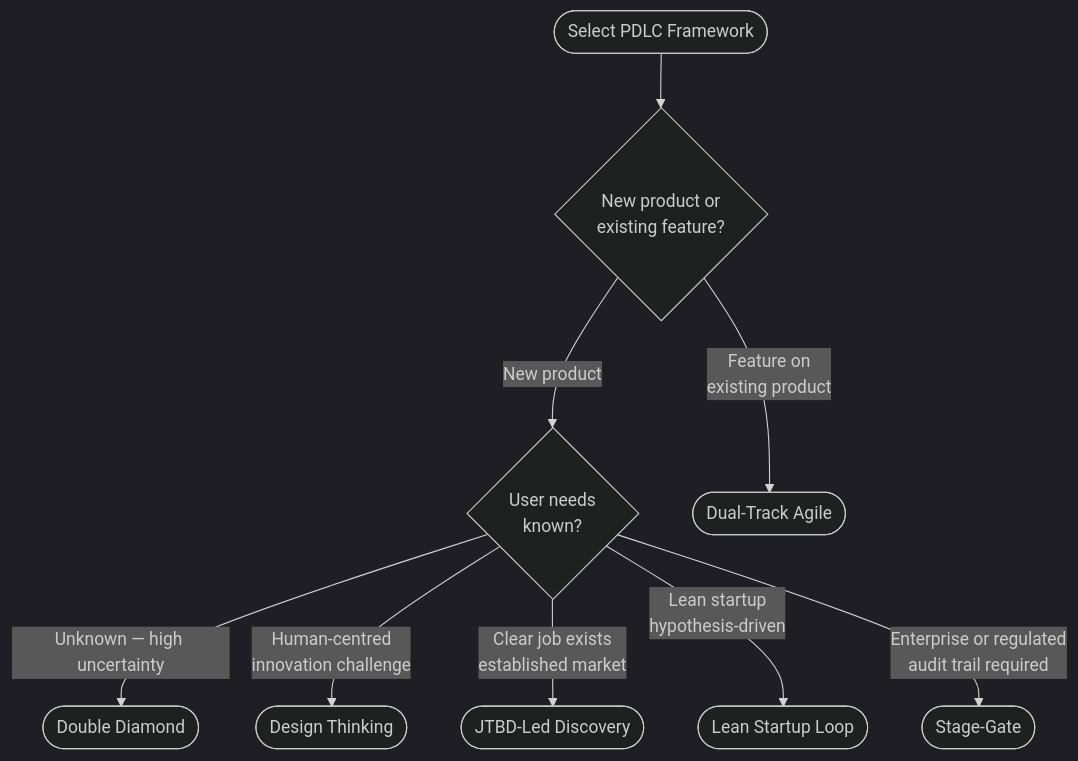
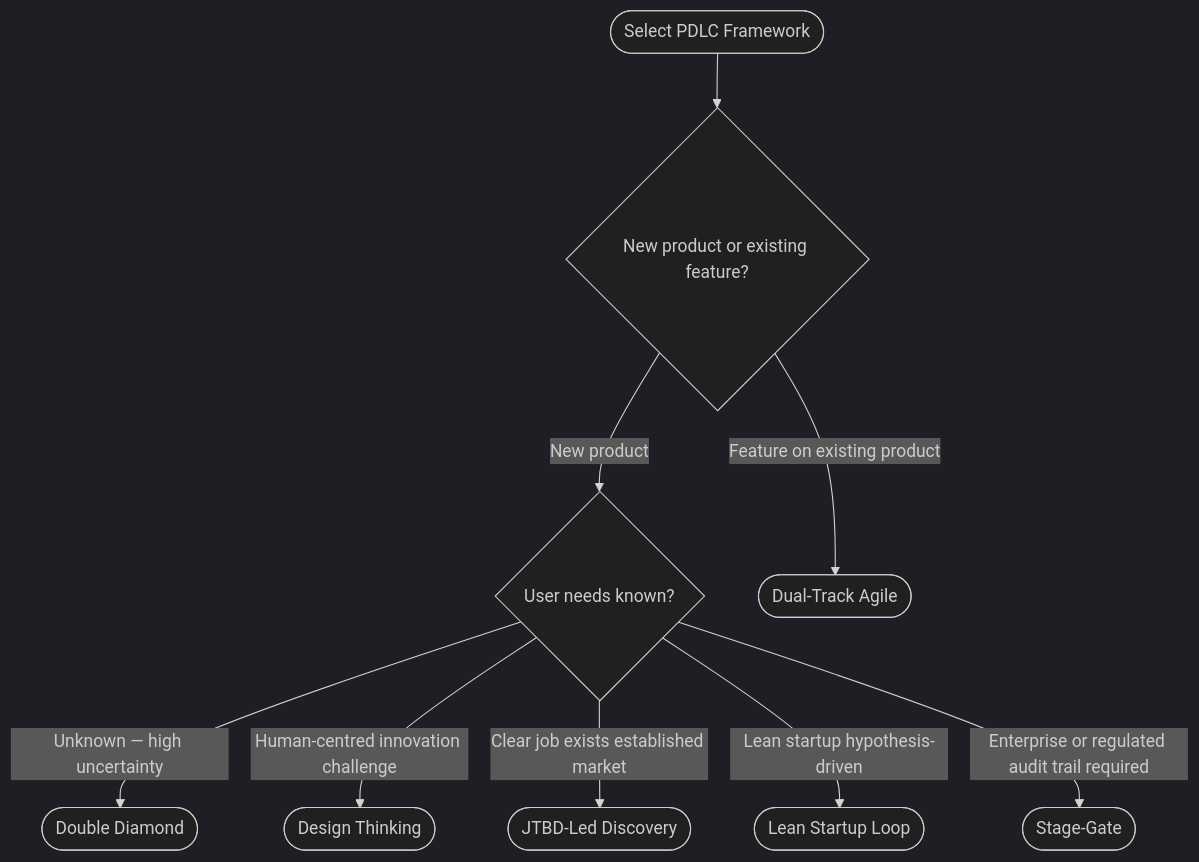
One commit to ivanyeors/product-agentic-templates changed the first of 7 diagrams in .cursor/skills/01-product-discovery/pdlc-frameworks.md. Above: the diagram before and after it, drawn with Mermaid (dark theme). The commit also changed other lines of this file and 39 other files, not shown here.

````diff
--- a/.cursor/skills/01-product-discovery/pdlc-frameworks.md
+++ b/.cursor/skills/01-product-discovery/pdlc-frameworks.md
@@ -22,11 +22,11 @@
 ```mermaid
 flowchart TD
-    start([Select PDLC Framework]) --> q1{New product or\nexisting feature?}
-    q1 -->|New product| q2{User needs\nknown?}
-    q1 -->|Feature on\nexisting product| dualTrack([Dual-Track Agile])
+    start([Select PDLC Framework]) --> q1{New product or existing feature?}
+    q1 -->|New product| q2{User needs known?}
+    q1 -->|Feature on existing product| dualTrack([Dual-Track Agile])
     q2 -->|Unknown — high uncertainty| doubleDiamond([Double Diamond])
-    q2 -->|Human-centred\ninnovation challenge| designThinking([Design Thinking])
-    q2 -->|Clear job exists\nestablished market| jtbd([JTBD-Led Discovery])
-    q2 -->|Lean startup\nhypothesis-driven| leanStartup([Lean Startup Loop])
-    q2 -->|Enterprise or regulated\naudit trail required| stageGate([Stage-Gate])
+    q2 -->|Human-centred innovation challenge| designThinking([Design Thinking])
+    q2 -->|Clear job exists established market| jtbd([JTBD-Led Discovery])
+    q2 -->|Lean startup hypothesis-driven| leanStartup([Lean Startup Loop])
+    q2 -->|Enterprise or regulated audit trail required| stageGate([Stage-Gate])
 ```
````
